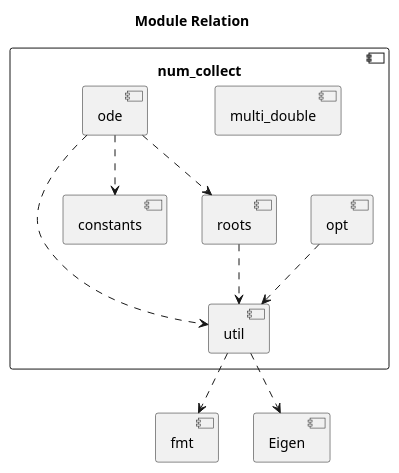
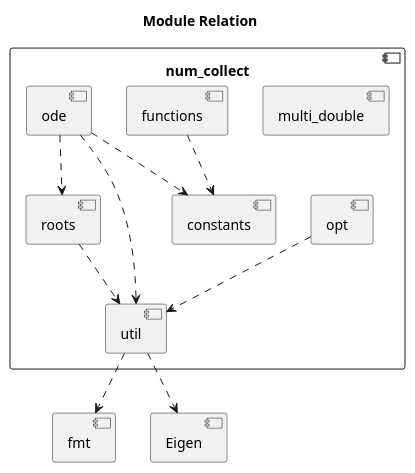
The diagram in doc/sphinx/src/modules.rst (MusicScience37/numerical-collection-cpp), drawn with PlantUML before and after one commit. The commit also changed 8 other files, not shown here.

```diff
--- a/doc/sphinx/src/modules.rst
+++ b/doc/sphinx/src/modules.rst
@@ -4,27 +4,30 @@
 .. uml::
 
     title Module Relation
 
     component fmt
     component Eigen
 
     component num_collect {
         component util
         util ..> fmt
         util ..> Eigen
 
         component opt
         opt ..> util
 
         component multi_double
 
         component constants
 
         component roots
         roots ..> util
 
+        component functions
+        functions ..> constants
+
         component ode
         ode ..> util
         ode ..> constants
         ode ..> roots
     }
```
